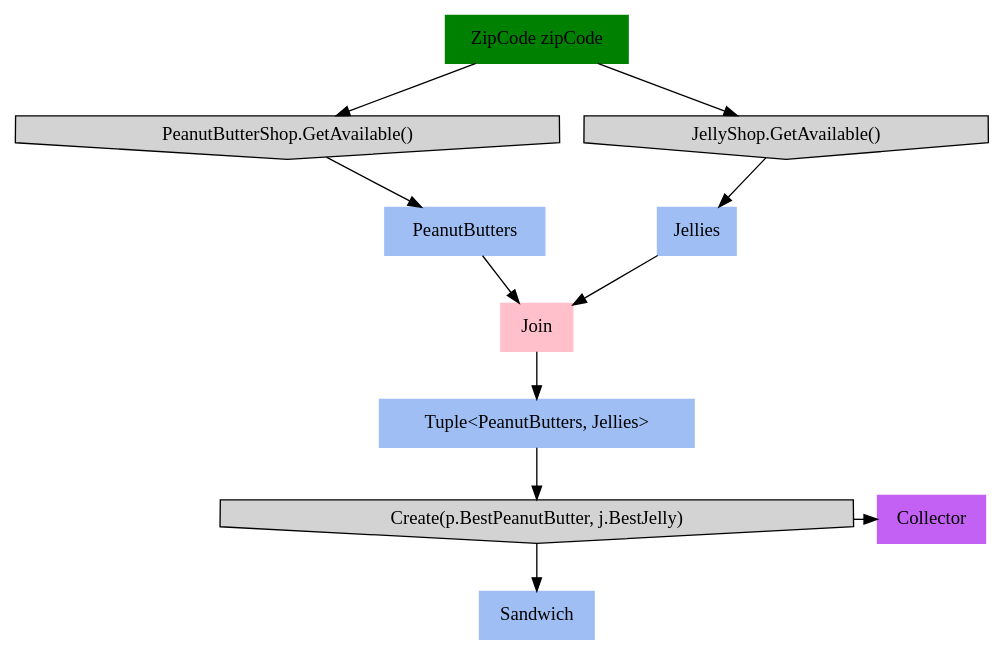
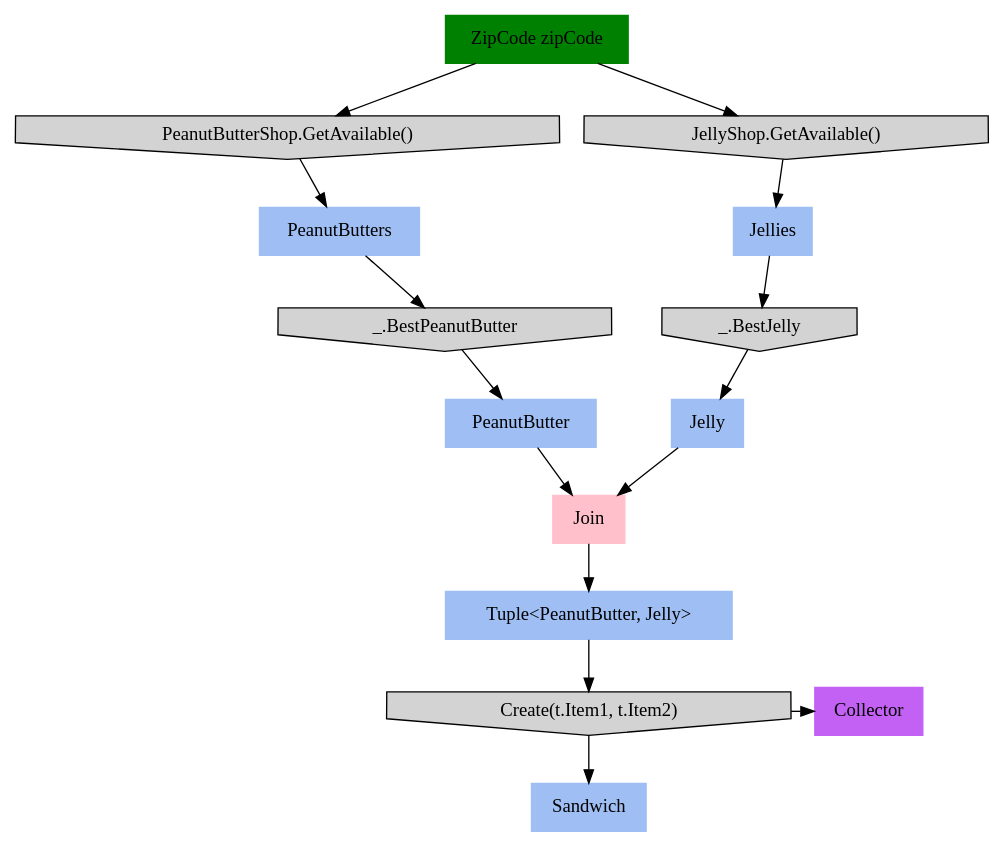
One commit to refactoring-pipelines/PipelinesExercise changed the diagram in PipelinesExercise.Tests/Tests.Test_StartHere.approved.dot. Above: the diagram before and after it, drawn with Graphviz. The commit also changed 5 other files, not shown here.

```diff
--- a/PipelinesExercise.Tests/Tests.Test_StartHere.approved.dot
+++ b/PipelinesExercise.Tests/Tests.Test_StartHere.approved.dot
@@ -1,25 +1,31 @@
 digraph G { node [style=filled, shape=rec]
 
 # Nodes
 "ZipCode zipCode" -> "PeanutButterShop.GetAvailable()" -> "PeanutButters"
-{"PeanutButters", "Jellies"} -> "Join" -> "Tuple<PeanutButters, Jellies>"
-"Tuple<PeanutButters, Jellies>" -> "Create(p.BestPeanutButter, j.BestJelly)" -> {"Sandwich", "Collector"}
+"PeanutButters" -> "_.BestPeanutButter" -> "PeanutButter"
+{"PeanutButter", "Jelly"} -> "Join" -> "Tuple<PeanutButter, Jelly>"
+"Tuple<PeanutButter, Jelly>" -> "Create(t.Item1, t.Item2)" -> {"Sandwich", "Collector"}
 "ZipCode zipCode" -> "JellyShop.GetAvailable()" -> "Jellies"
+"Jellies" -> "_.BestJelly" -> "Jelly"
 
 
 # Formatting
 "ZipCode zipCode" [color=green]
 "PeanutButters" [color="#9fbff4"]
 "PeanutButterShop.GetAvailable()" [shape=invhouse]
-"Tuple<PeanutButters, Jellies>" [color="#9fbff4"]
+"PeanutButter" [color="#9fbff4"]
+"_.BestPeanutButter" [shape=invhouse]
+"Tuple<PeanutButter, Jelly>" [color="#9fbff4"]
 "Join" [color=pink]
 "Sandwich" [color="#9fbff4"]
-"Create(p.BestPeanutButter, j.BestJelly)" [shape=invhouse]
+"Create(t.Item1, t.Item2)" [shape=invhouse]
 "Collector" [color = "#c361f4"]
 "Jellies" [color="#9fbff4"]
 "JellyShop.GetAvailable()" [shape=invhouse]
+"Jelly" [color="#9fbff4"]
+"_.BestJelly" [shape=invhouse]
 
-{ rank=same; "Create(p.BestPeanutButter, j.BestJelly)", "Collector"}
+{ rank=same; "Create(t.Item1, t.Item2)", "Collector"}
 
 
 }
```
